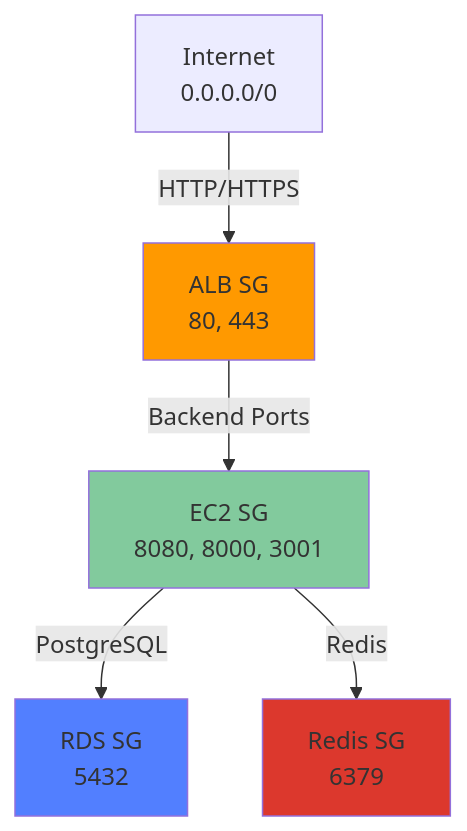
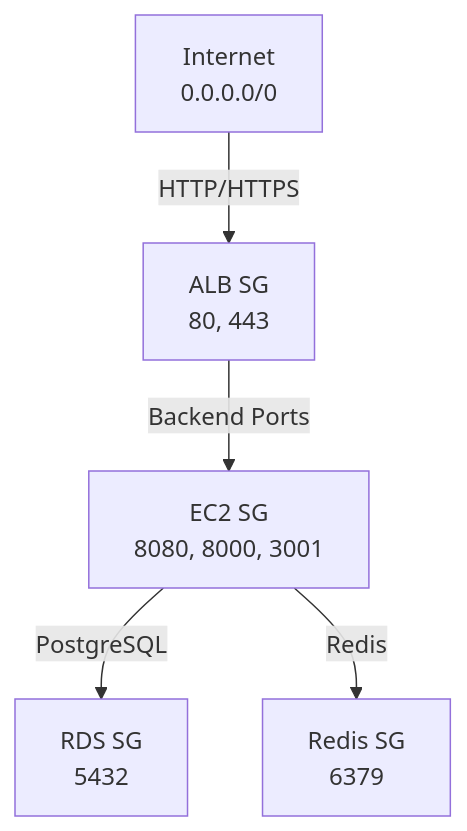
One commit to OrangesCloud/wealist-terraform-prod changed the eighth of 9 diagrams in ARCHITECTURE.md. Above: the diagram before and after it, drawn with Mermaid. The commit also changed other lines of this file, not shown here.

````diff
--- a/ARCHITECTURE.md
+++ b/ARCHITECTURE.md
@@ -713,19 +679,14 @@
 ```mermaid
 graph TB
     INTERNET[Internet<br/>0.0.0.0/0]
 
     ALB_SG[ALB SG<br/>80, 443]
     EC2_SG[EC2 SG<br/>8080, 8000, 3001]
     RDS_SG[RDS SG<br/>5432]
     REDIS_SG[Redis SG<br/>6379]
 
     INTERNET -->|HTTP/HTTPS| ALB_SG
     ALB_SG -->|Backend Ports| EC2_SG
     EC2_SG -->|PostgreSQL| RDS_SG
     EC2_SG -->|Redis| REDIS_SG
-
-    style ALB_SG fill:#f90
-    style EC2_SG fill:#82ca9d
-    style RDS_SG fill:#527FFF
-    style REDIS_SG fill:#DC382D
 ```
````
